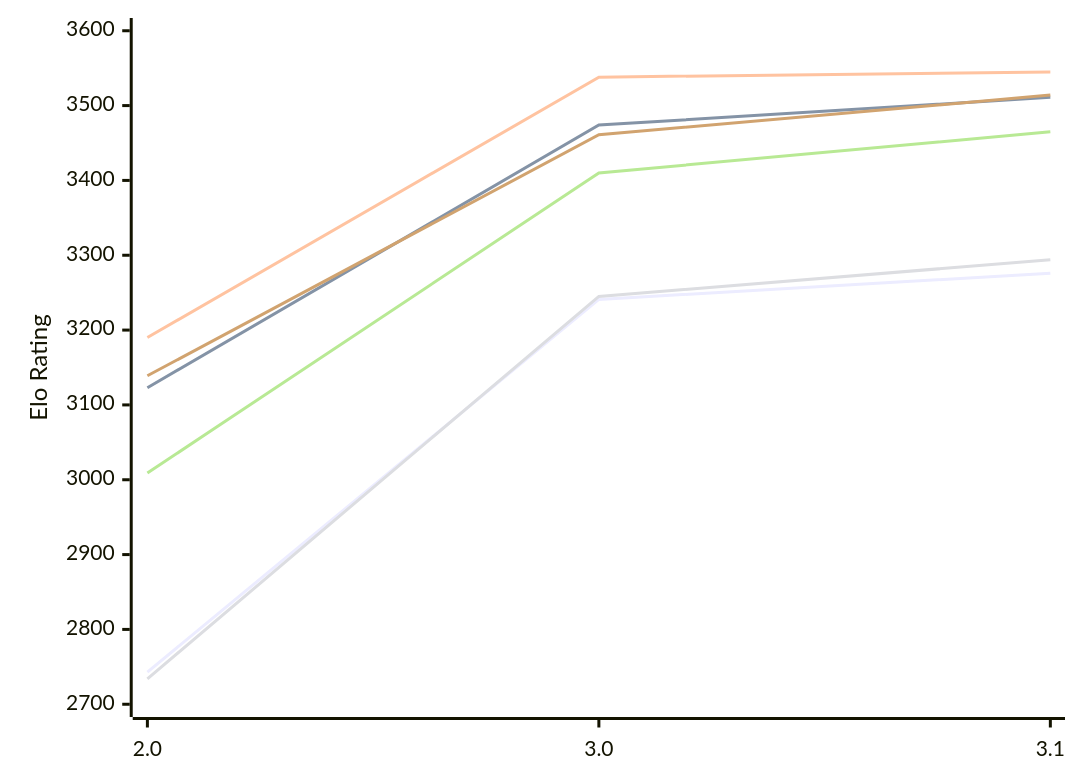
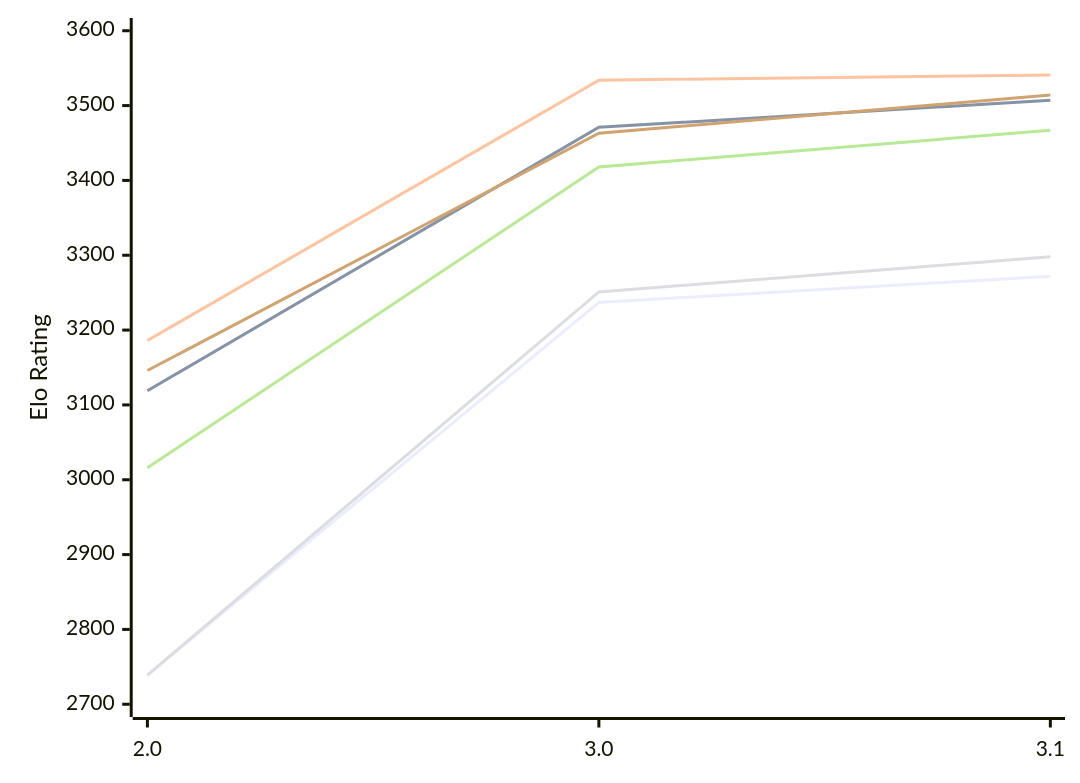
The diagram in engines/Funcomp.md (computer-chess-index/cci), drawn with Mermaid before and after one commit. The commit also changed other lines of this file, not shown here.

Commit message:
Update CCI Ratings (ELO VLTC) - 2026-11-21

````diff
--- a/engines/Funcomp.md
+++ b/engines/Funcomp.md
@@ -51,12 +51,12 @@
 ```mermaid
 %%{init: {"theme":"base","themeVariables":{"seriesColors:['#a3a3a3','#222221','#faa371']}}}%%
 xychart-beta
   x-axis ["2.0", "3.0", "3.1"]
   y-axis "Elo Rating" 2700 --> 3600
-  line "E1: STC (8.0+0.08s)" [2743, 3241, 3276]
-  line "E1: LTC (60.0+0.60s)" [3123, 3474, 3511]
-  line "E1: VLTC (2m24s+1.12s)" [3190, 3538, 3545]
-  line "P1: STC (8.0+0.08s)" [2734, 3245, 3294]
-  line "P1: LTC (60.0+0.60s)" [3009, 3410, 3465]
-  line "P1: VLTC (2m24s+1.12s)" [3139, 3461, 3514]
+  line "E1: STC (8.0+0.08s)" [2739, 3237, 3272]
+  line "E1: LTC (60.0+0.60s)" [3119, 3471, 3507]
+  line "E1: VLTC (2m24s+1.12s)" [3186, 3534, 3541]
+  line "P1: STC (8.0+0.08s)" [2739, 3251, 3298]
+  line "P1: LTC (60.0+0.60s)" [3016, 3418, 3467]
+  line "P1: VLTC (2m24s+1.12s)" [3146, 3463, 3514]
 ```
````
